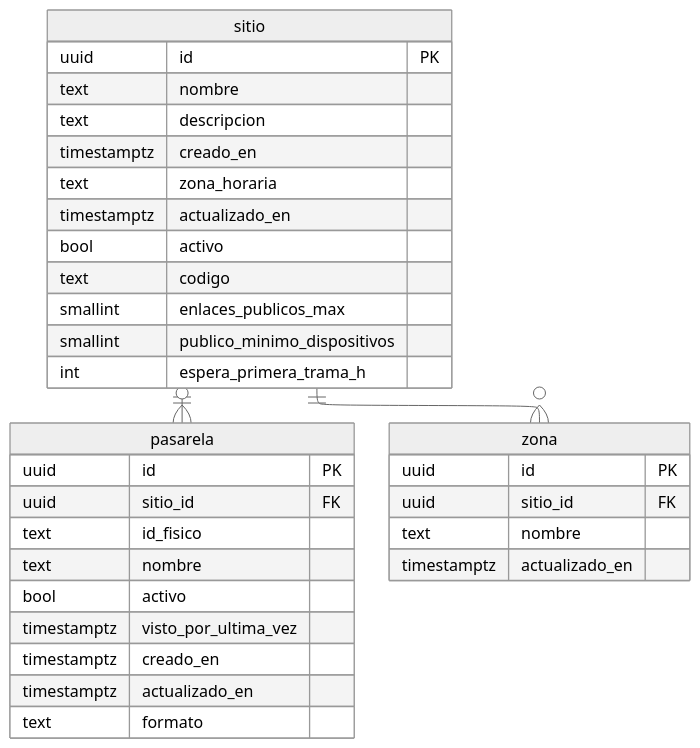
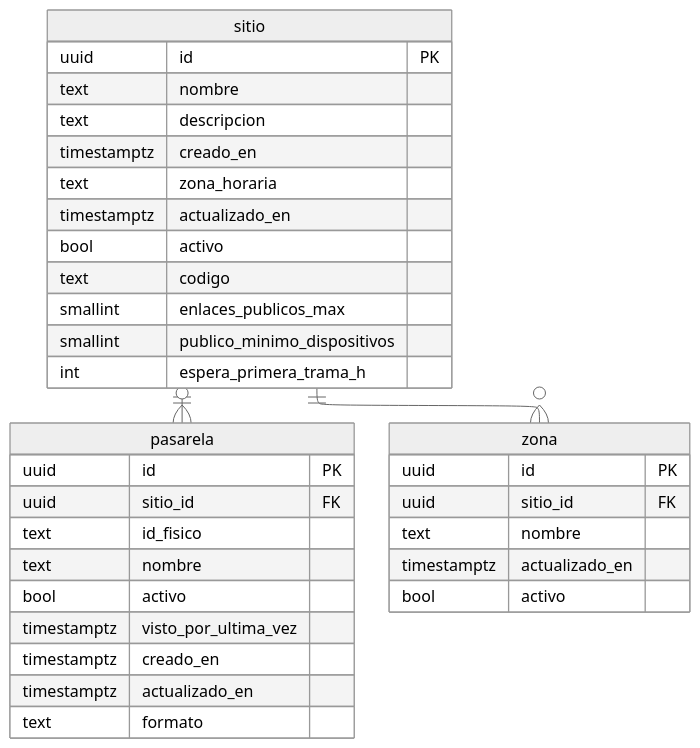
One commit to vicenterami/tesis changed the diagram in informe-oficial/figuras/mermaid/modelo-sitios-y-dispositivos-1.mmd. Above: the diagram before and after it, drawn with Mermaid (neutral theme). The commit also changed 71 other files, not shown here.

```diff
--- a/informe-oficial/figuras/mermaid/modelo-sitios-y-dispositivos-1.mmd
+++ b/informe-oficial/figuras/mermaid/modelo-sitios-y-dispositivos-1.mmd
@@ -1,40 +1,41 @@
 ---
 config:
   layout: elk
   er:
     entityPadding: 6
     minEntityWidth: 60
 ---
 erDiagram
     sitio ||--o{ pasarela : ""
     sitio ||--o{ zona : ""
     pasarela {
         uuid id PK
         uuid sitio_id FK
         text id_fisico
         text nombre
         bool activo
         timestamptz visto_por_ultima_vez
         timestamptz creado_en
         timestamptz actualizado_en
         text formato
     }
     sitio {
         uuid id PK
         text nombre
         text descripcion
         timestamptz creado_en
         text zona_horaria
         timestamptz actualizado_en
         bool activo
         text codigo
         smallint enlaces_publicos_max
         smallint publico_minimo_dispositivos
         int espera_primera_trama_h
     }
     zona {
         uuid id PK
         uuid sitio_id FK
         text nombre
         timestamptz actualizado_en
+        bool activo
     }
```
